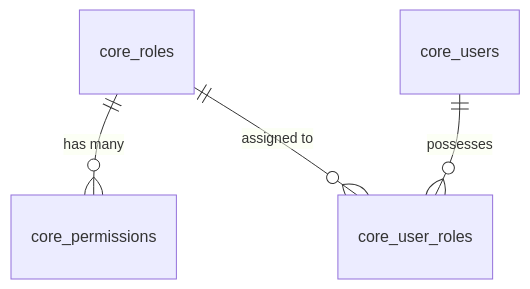
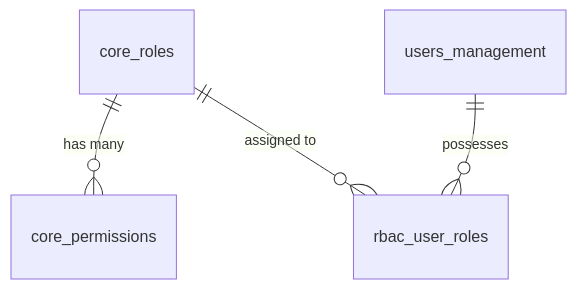
The diagram in .agents/skills/modules/rbac-core/SKILL.md (kindustries-erp/erp-api), drawn with Mermaid before and after one commit. The commit also changed other lines of this file and 31 other files, not shown here.

First line of the commit message:
feat(users): nối rbac, table-preferences, notifications-inbox sang users_management

````diff
--- a/.agents/skills/modules/rbac-core/SKILL.md
+++ b/.agents/skills/modules/rbac-core/SKILL.md
@@ -24,6 +24,6 @@
 ```mermaid
 erDiagram
     core_roles ||--o{ core_permissions : "has many"
-    core_roles ||--o{ core_user_roles : "assigned to"
-    core_users ||--o{ core_user_roles : "possesses"
+    core_roles ||--o{ rbac_user_roles : "assigned to"
+    users_management ||--o{ rbac_user_roles : "possesses"
 ```
````
